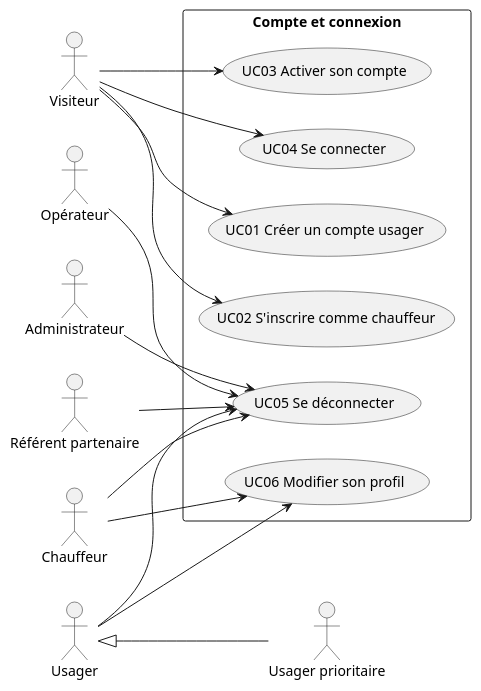
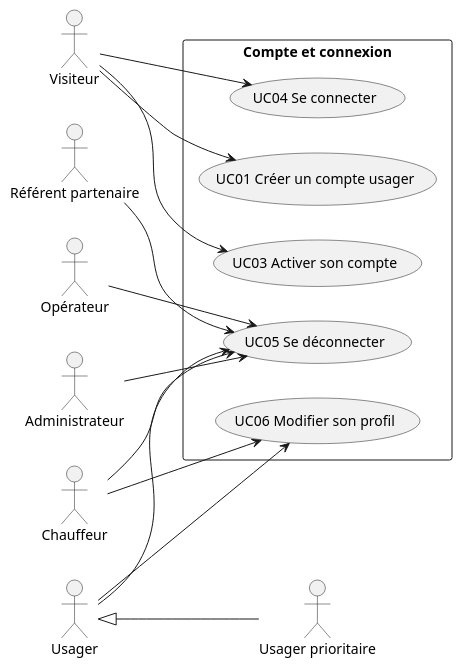
Before and after one commit to DenisZAPOI/Ingeco: the first of 6 diagrams in docs/cas-d-utilisation.md, drawn with PlantUML. The commit also changed other lines of this file and 4 other files, not shown here.

````diff
--- a/docs/cas-d-utilisation.md
+++ b/docs/cas-d-utilisation.md
@@ -66,32 +66,30 @@
 ```plantuml
 @startuml
 left to right direction
 actor Visiteur
 actor Usager
 actor Chauffeur
 actor "Référent partenaire" as Ref
 actor Opérateur
 actor Administrateur as Admin
 Usager <|-- "Usager prioritaire"
 
 rectangle "Compte et connexion" {
   usecase "UC01 Créer un compte usager" as UC01
-  usecase "UC02 S'inscrire comme chauffeur" as UC02
   usecase "UC03 Activer son compte" as UC03
   usecase "UC04 Se connecter" as UC04
   usecase "UC05 Se déconnecter" as UC05
   usecase "UC06 Modifier son profil" as UC06
 }
 Visiteur --> UC01
-Visiteur --> UC02
 Visiteur --> UC03
 Visiteur --> UC04
 Usager --> UC05
 Usager --> UC06
 Chauffeur --> UC05
 Chauffeur --> UC06
 Ref --> UC05
 Opérateur --> UC05
 Admin --> UC05
 @enduml
 ```
````
